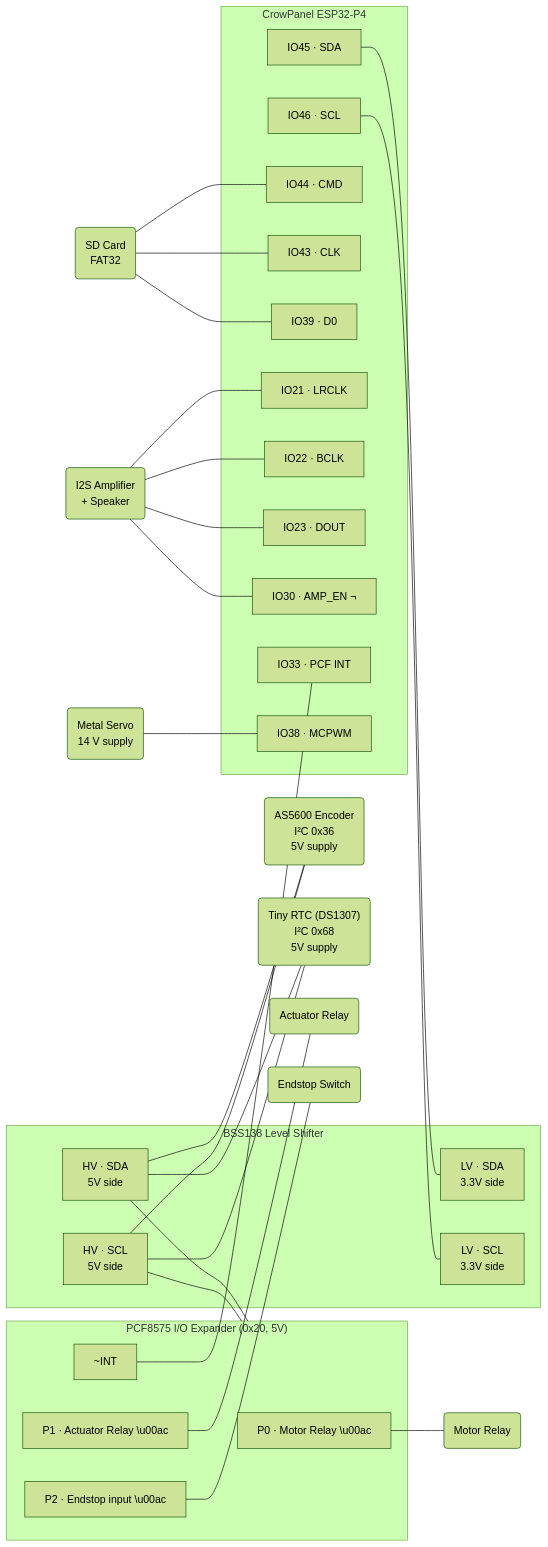
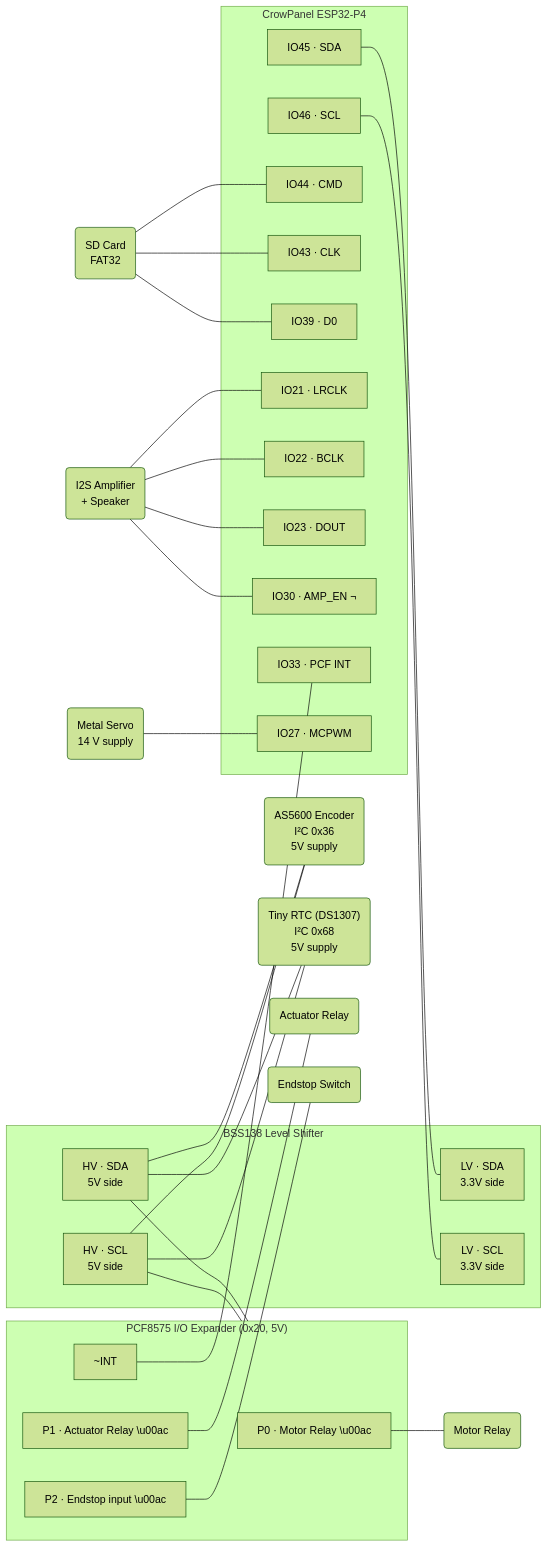
The diagram in README.md (janreinhartp/DigitalCharpyImpactTestingMachine), drawn with Mermaid (forest theme) before and after one commit. The commit also changed other lines of this file and 25 other files, not shown here.

````diff
--- a/README.md
+++ b/README.md
@@ -21,61 +21,61 @@
 ```mermaid
 graph LR
     AS5600("AS5600 Encoder\nI²C 0x36\n5V supply")
     DS1307("Tiny RTC (DS1307)\nI²C 0x68\n5V supply")
     SD("SD Card\nFAT32")
     AMP("I2S Amplifier\n+ Speaker")
     SERVO("Metal Servo\n14 V supply")
 
     subgraph PCF ["PCF8575 I/O Expander (0x20, 5V)"]
         P0["P0 · Motor Relay \u00ac"]
         P1["P1 · Actuator Relay \u00ac"]
         P2["P2 · Endstop input \u00ac"]
         PCF_INT["~INT"]
     end
 
     MOTOR_RELAY("Motor Relay")
     ACT_RELAY("Actuator Relay")
     ENDSTOP("Endstop Switch")
 
     subgraph LS ["BSS138 Level Shifter"]
         LV_SDA["LV · SDA\n3.3V side"]
         LV_SCL["LV · SCL\n3.3V side"]
         HV_SDA["HV · SDA\n5V side"]
         HV_SCL["HV · SCL\n5V side"]
     end
 
     subgraph ESP32P4 ["CrowPanel ESP32-P4"]
         I2C_SDA["IO45 · SDA"]
         I2C_SCL["IO46 · SCL"]
         SD_CMD["IO44 · CMD"]
         SD_CLK["IO43 · CLK"]
         SD_D0["IO39 · D0"]
         I2S_LR["IO21 · LRCLK"]
         I2S_BCLK["IO22 · BCLK"]
         I2S_DOUT["IO23 · DOUT"]
         AMP_EN["IO30 · AMP_EN ¬"]
         IO33["IO33 · PCF INT"]
-        IO38["IO38 · MCPWM"]
+        IO27["IO27 · MCPWM"]
     end
 
     I2C_SDA --- LV_SDA
     I2C_SCL --- LV_SCL
     HV_SDA --- AS5600
     HV_SCL --- AS5600
     HV_SDA --- DS1307
     HV_SCL --- DS1307
     HV_SDA --- PCF
     HV_SCL --- PCF
     P0 --- MOTOR_RELAY
     P1 --- ACT_RELAY
     P2 --- ENDSTOP
     PCF_INT --- IO33
     SD --- SD_CMD
     SD --- SD_CLK
     SD --- SD_D0
     AMP --- I2S_LR
     AMP --- I2S_BCLK
     AMP --- I2S_DOUT
     AMP --- AMP_EN
-    SERVO --- IO38
+    SERVO --- IO27
 ```
````
